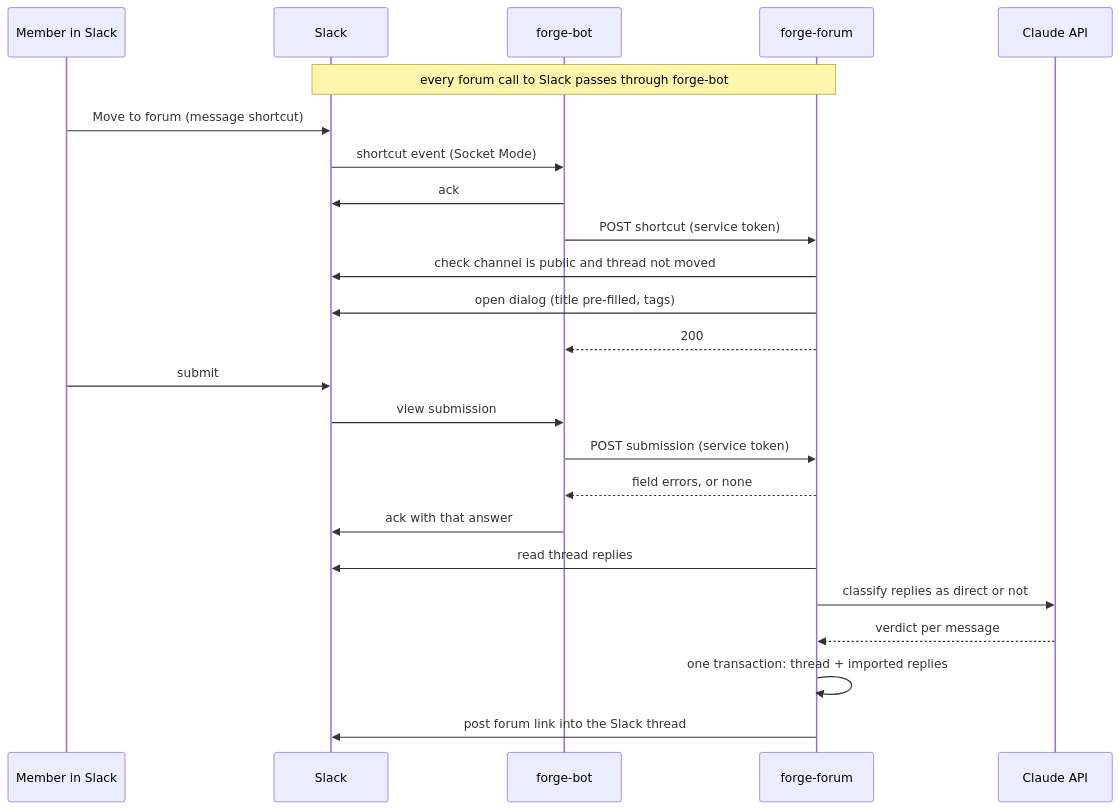
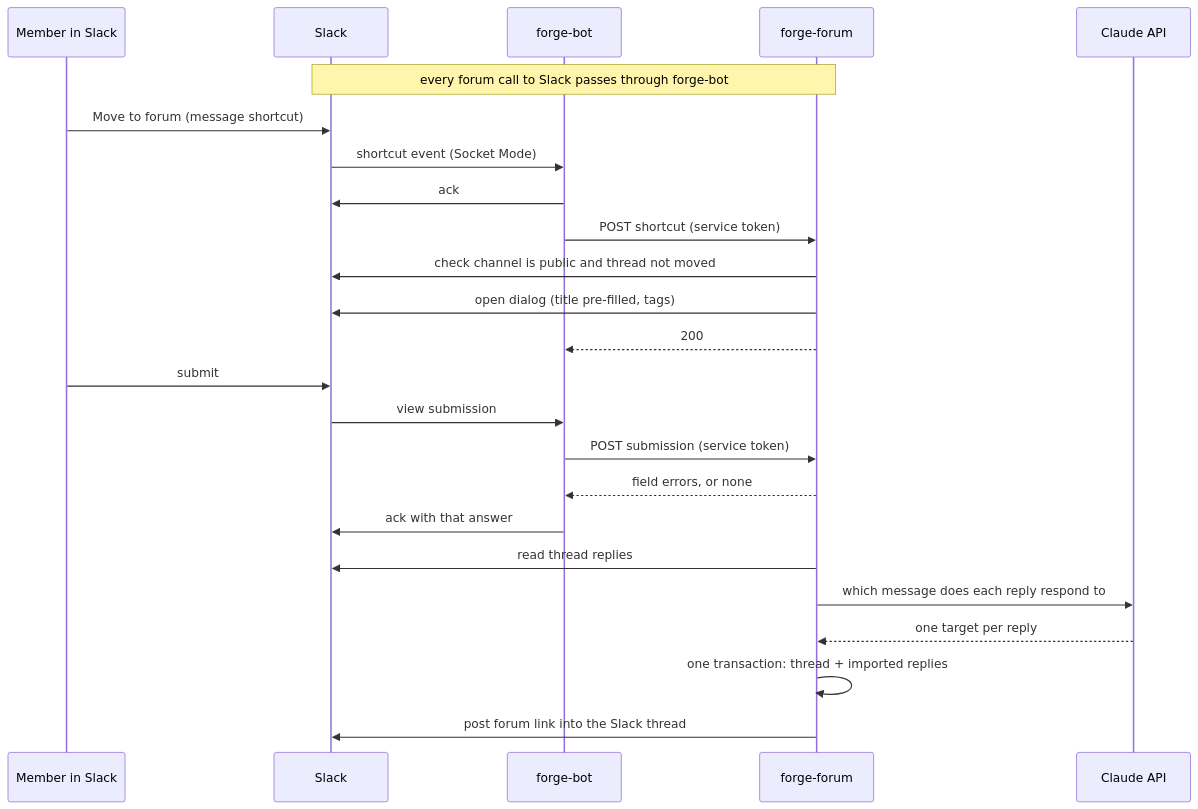
Before and after one commit to forgeutah/forge-forum: the third of 3 diagrams in docs/plans/2026-11-17-001-feat-forge-forum-plan.md, drawn with Mermaid. The commit also changed other lines of this file and 7 other files, not shown here.

First line of the commit message:
fix(move): classify replies by which message they respond to

````diff
--- a/docs/plans/2026-11-17-001-feat-forge-forum-plan.md
+++ b/docs/plans/2026-11-17-001-feat-forge-forum-plan.md
@@ -235,26 +235,26 @@
 ```mermaid
 sequenceDiagram
   participant M as Member in Slack
   participant S as Slack
   participant G as forge-bot
   participant F as forge-forum
   participant C as Claude API
   Note over F,S: every forum call to Slack passes through forge-bot
   M->>S: Move to forum (message shortcut)
   S->>G: shortcut event (Socket Mode)
   G->>S: ack
   G->>F: POST shortcut (service token)
   F->>S: check channel is public and thread not moved
   F->>S: open dialog (title pre-filled, tags)
   F-->>G: 200
   M->>S: submit
   S->>G: view submission
   G->>F: POST submission (service token)
   F-->>G: field errors, or none
   G->>S: ack with that answer
   F->>S: read thread replies
-  F->>C: classify replies as direct or not
-  C-->>F: verdict per message
+  F->>C: which message does each reply respond to
+  C-->>F: one target per reply
   F->>F: one transaction: thread + imported replies
   F->>S: post forum link into the Slack thread
 ```
````
